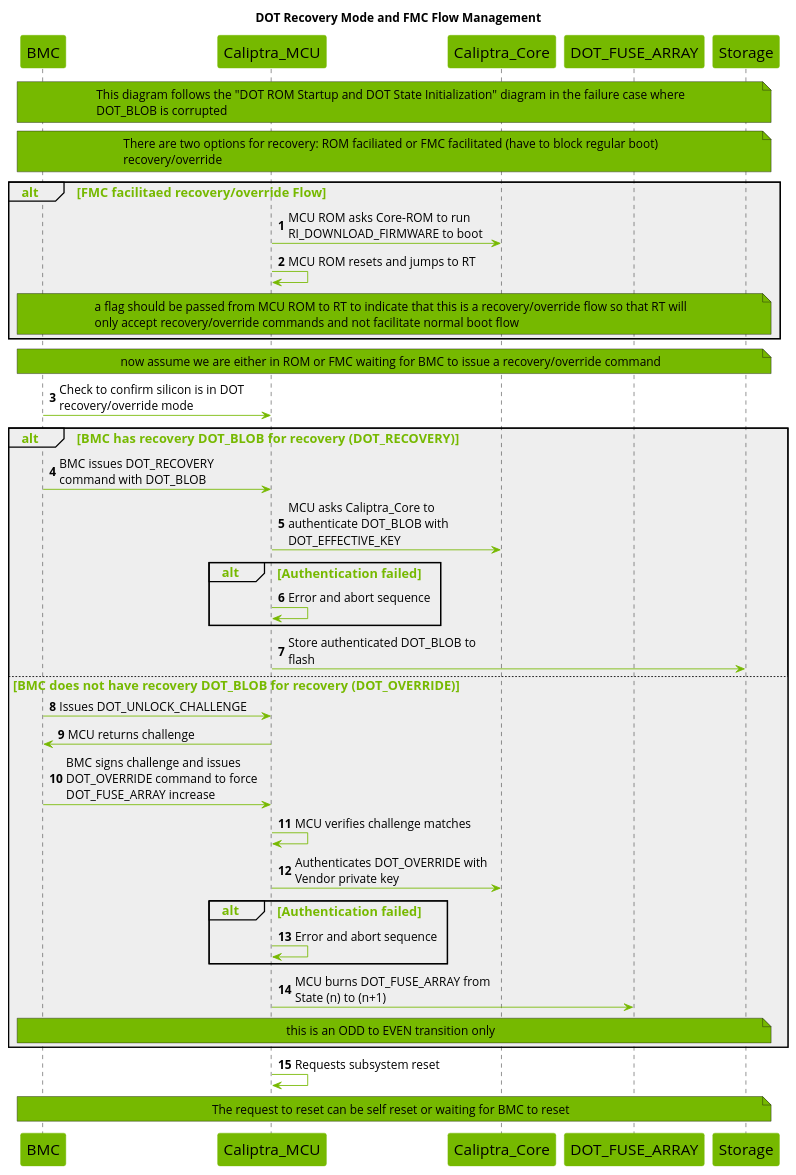
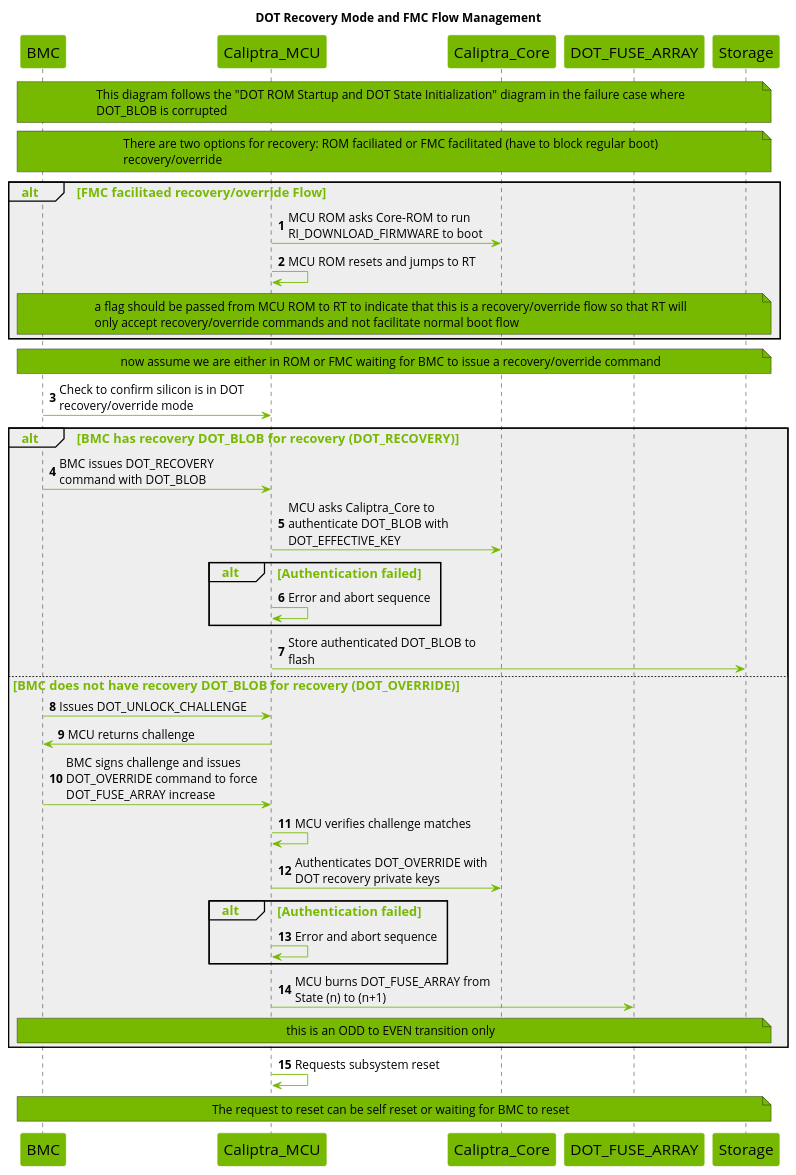
One commit to chipsalliance/caliptra-mcu-sw changed the seventh of 8 diagrams in docs/src/dot.md. Above: the diagram before and after it, drawn with PlantUML. The commit also changed other lines of this file and 6 other files, not shown here.

````diff
--- a/docs/src/dot.md
+++ b/docs/src/dot.md
@@ -1078,70 +994,70 @@
 ```plantuml
 @startuml
 
 title DOT Recovery Mode and FMC Flow Management
 
 skinparam maxMessageSize 250
 skinparam wrapWidth 700
 skinparam backgroundColor white
 skinparam NoteBackgroundColor #76b900
 skinparam NoteFontSize 14
 skinparam SequenceGroupBodyBackgroundColor #EEEEEE
 skinparam defaultFontName Open Sans
 
 skinparam sequence {
     ArrowColor #76b900
     ActorBorderColor #76b900
     LifeLineBorderColor #000000
     LifeLineBackgroundColor #76b900
     GroupHeaderFontsize 15
     GroupHeaderFontColor #76b900
     GroupFontSize 15
     GroupFontColor #76b900
     ArrowFontSize 15
     ParticipantBorderColor #76b900
     ParticipantBackgroundColor #76b900
     ParticipantFontSize 18
     ParticipantFontColor black
     ArrowFontSize 14
 }
 
 participant BMC
 participant Caliptra_MCU
 participant Caliptra_Core
 participant DOT_FUSE_ARRAY
 participant Storage
 
 autonumber
 note across : This diagram follows the "DOT ROM Startup and DOT State Initialization" diagram in the failure case where DOT_BLOB is corrupted
 note across : There are two options for recovery: ROM faciliated or FMC facilitated (have to block regular boot) recovery/override
 alt FMC facilitaed recovery/override Flow
     Caliptra_MCU -> Caliptra_Core : MCU ROM asks Core-ROM to run RI_DOWNLOAD_FIRMWARE to boot
     Caliptra_MCU -> Caliptra_MCU : MCU ROM resets and jumps to RT
     note across : a flag should be passed from MCU ROM to RT to indicate that this is a recovery/override flow so that RT will only accept recovery/override commands and not facilitate normal boot flow
 end
 note across : now assume we are either in ROM or FMC waiting for BMC to issue a recovery/override command
 BMC -> Caliptra_MCU : Check to confirm silicon is in DOT recovery/override mode
 alt BMC has recovery DOT_BLOB for recovery (DOT_RECOVERY)
     BMC -> Caliptra_MCU : BMC issues DOT_RECOVERY command with DOT_BLOB
     Caliptra_MCU -> Caliptra_Core : MCU asks Caliptra_Core to authenticate DOT_BLOB with DOT_EFFECTIVE_KEY
     alt Authentication failed
         Caliptra_MCU -> Caliptra_MCU: Error and abort sequence
     end
     Caliptra_MCU -> Storage : Store authenticated DOT_BLOB to flash
 else BMC does not have recovery DOT_BLOB for recovery (DOT_OVERRIDE)
     BMC -> Caliptra_MCU : Issues DOT_UNLOCK_CHALLENGE
     Caliptra_MCU -> BMC : MCU returns challenge
     BMC -> Caliptra_MCU : BMC signs challenge and issues DOT_OVERRIDE command to force DOT_FUSE_ARRAY increase
     Caliptra_MCU -> Caliptra_MCU : MCU verifies challenge matches
-    Caliptra_MCU -> Caliptra_Core : Authenticates DOT_OVERRIDE with Vendor private key
+    Caliptra_MCU -> Caliptra_Core : Authenticates DOT_OVERRIDE with DOT recovery private keys
     alt Authentication failed
         Caliptra_MCU -> Caliptra_MCU: Error and abort sequence
     end
     Caliptra_MCU -> DOT_FUSE_ARRAY : MCU burns DOT_FUSE_ARRAY from State (n) to (n+1)
     note across : this is an ODD to EVEN transition only
 end
 Caliptra_MCU -> Caliptra_MCU : Requests subsystem reset
 note across : The request to reset can be self reset or waiting for BMC to reset
 
 @enduml
 ```
````
